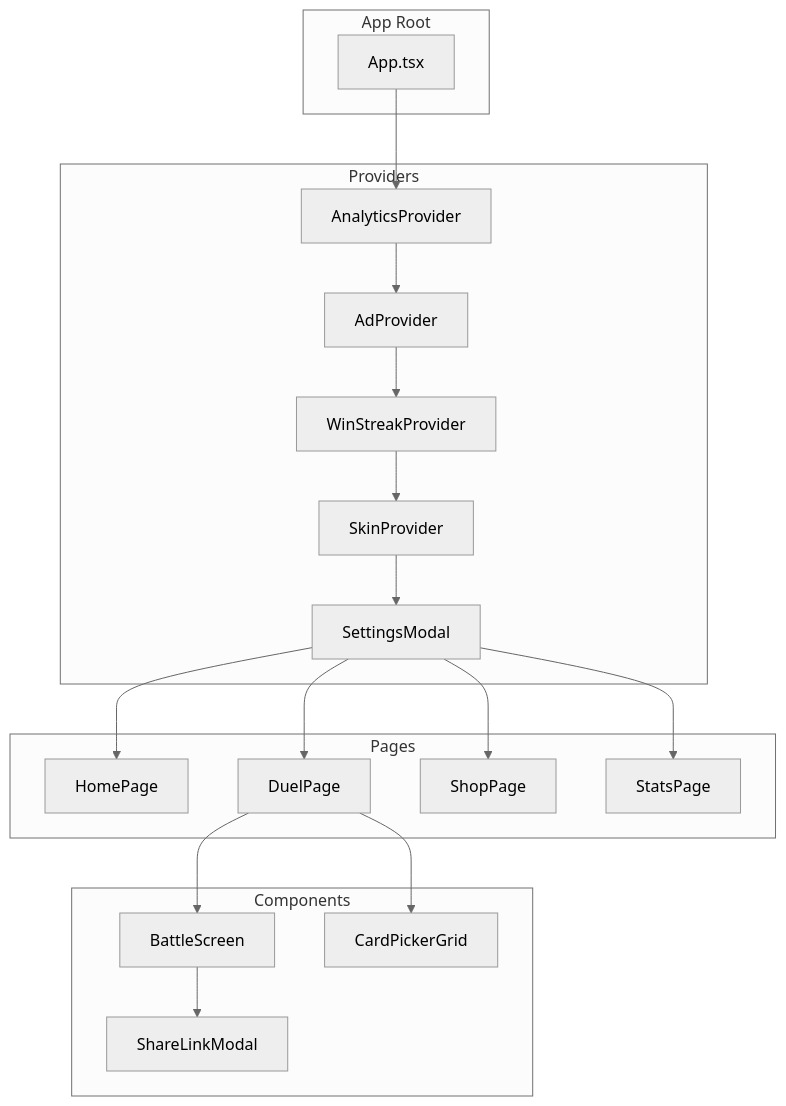
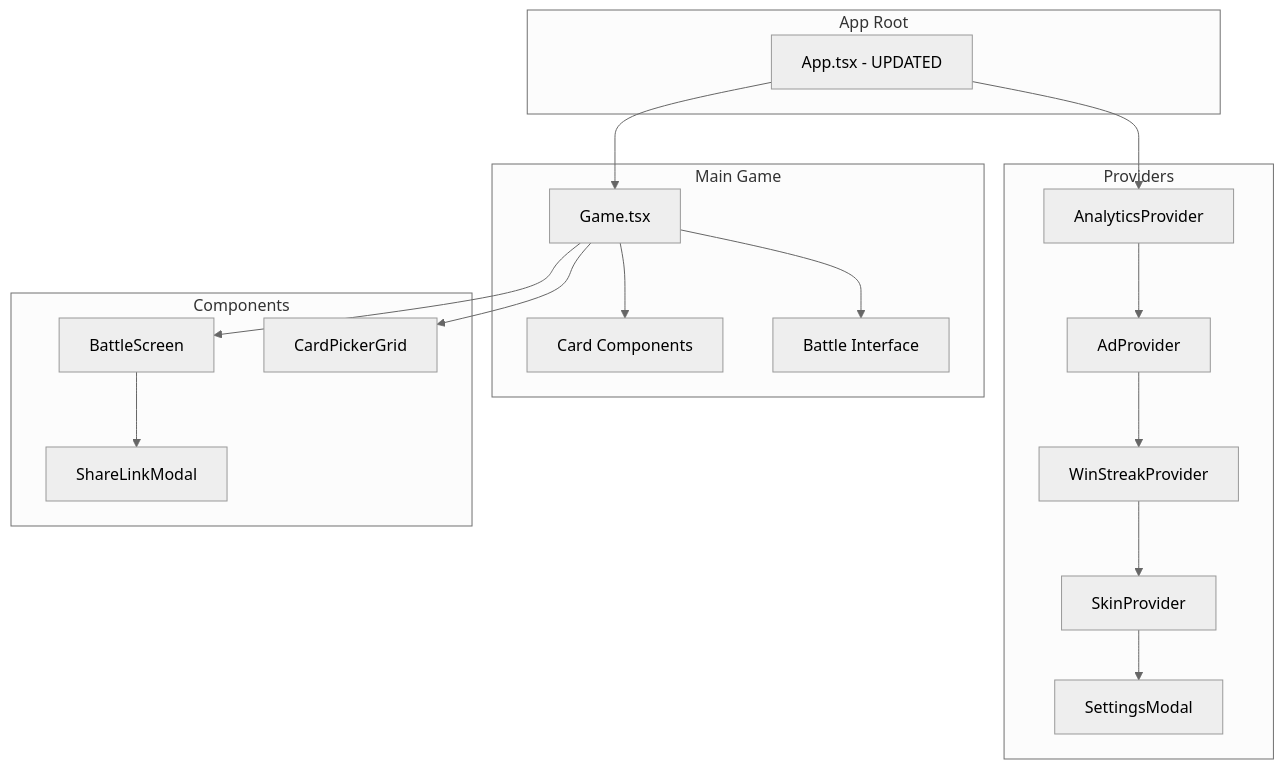
One commit to didier3529/crookmon-game changed the fifth of 14 diagrams in TECHNICAL_ARCHITECTURE.md. Above: the diagram before and after it, drawn with Mermaid (neutral theme). The commit also changed other lines of this file, not shown here.

First line of the commit message:
docs: update TECHNICAL_ARCHITECTURE.md with latest changes

````diff
--- a/TECHNICAL_ARCHITECTURE.md
+++ b/TECHNICAL_ARCHITECTURE.md
@@ -165,42 +332,41 @@
 ```mermaid
 graph TB
     subgraph "App Root"
-        App[App.tsx]
+        App[App.tsx - UPDATED]
+    end
+
+    subgraph "Main Game"
+        Game[Game.tsx]
+        Cards[Card Components]
+        Battle[Battle Interface]
     end
 
     subgraph "Providers"
         Analytics[AnalyticsProvider]
         Ad[AdProvider]
         WinStreak[WinStreakProvider]
         Skin[SkinProvider]
         Settings[SettingsProvider]
     end
 
-    subgraph "Pages"
-        Home[HomePage]
-        Duel[DuelPage]
-        Shop[ShopPage]
-        Stats[StatsPage]
-    end
-
     subgraph "Components"
-        Battle[BattleScreen]
-        Cards[CardPickerGrid]
+        BattleScreen[BattleScreen]
+        CardGrid[CardPickerGrid]
         Settings[SettingsModal]
         Share[ShareLinkModal]
     end
+
+    App --> Game
+    Game --> Cards
+    Game --> Battle
 
     App --> Analytics
     Analytics --> Ad
     Ad --> WinStreak
     WinStreak --> Skin
     Skin --> Settings
-    Settings --> Home
-    Settings --> Duel
-    Settings --> Shop
-    Settings --> Stats
 
-    Duel --> Battle
-    Duel --> Cards
-    Battle --> Share
+    Game --> BattleScreen
+    Game --> CardGrid
+    BattleScreen --> Share
 ```
````
